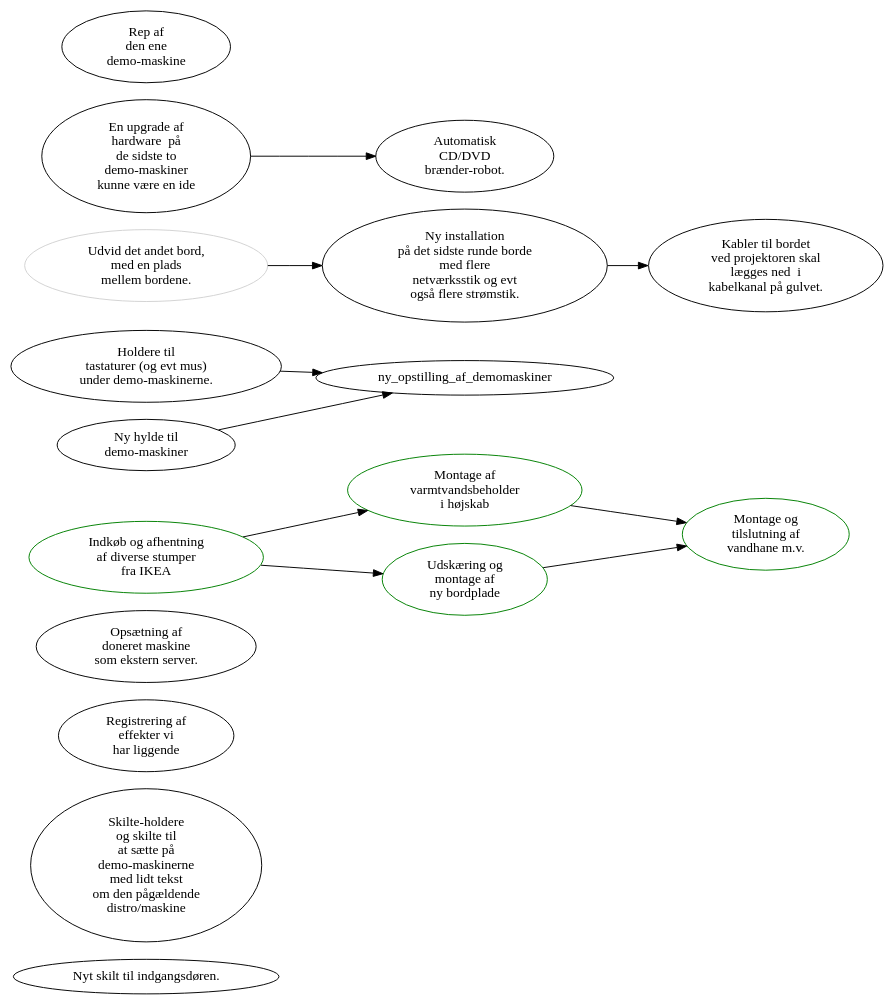
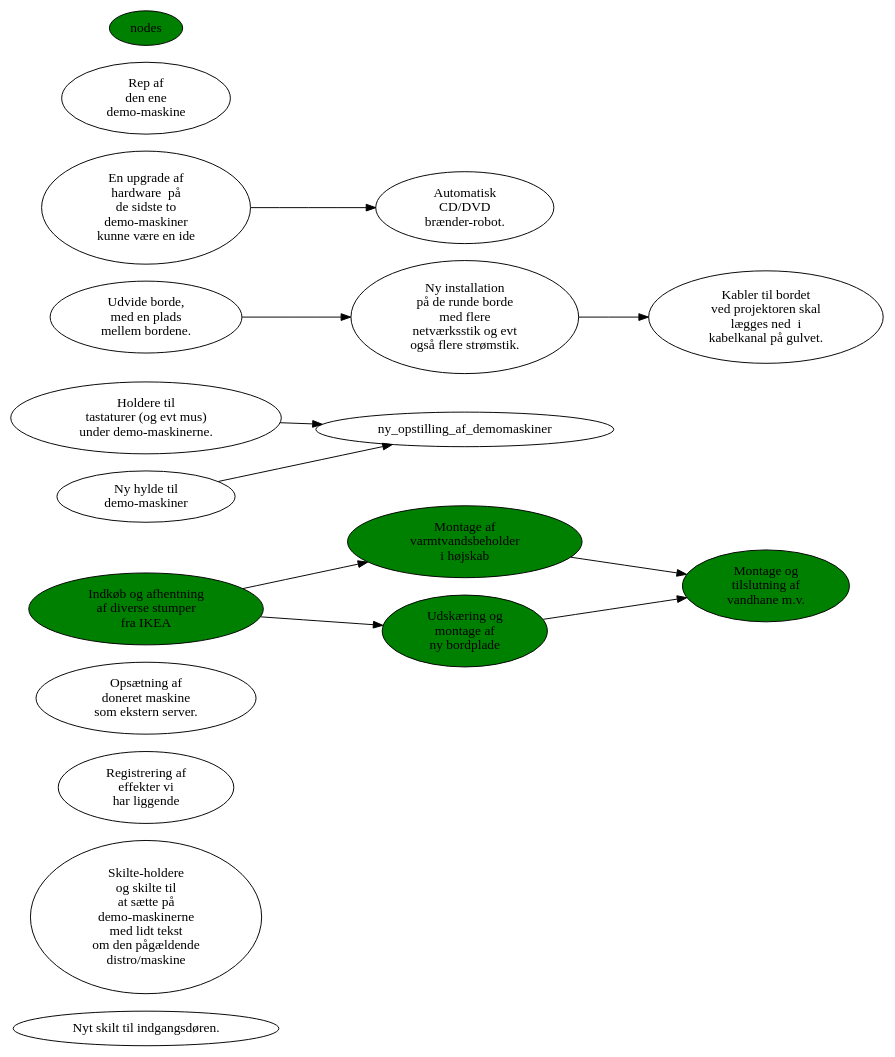
The diagram in faq/todo.dot (alslug/alslug.dk), drawn with Graphviz before and after one commit.

```diff
--- a/faq/todo.dot
+++ b/faq/todo.dot
@@ -1,27 +1,35 @@
 digraph xxx {
     rankdir=LR;
     nyt_dørskilt [ label="Nyt skilt til indgangsdøren." ];
     skilteholdere [ label="Skilte-holdere \n og skilte til \n at sætte på \n demo-maskinerne \n med lidt tekst \n om den pågældende \n distro/maskine" ];
     registerer_udstyr [ label="Registrering af \n effekter vi \n har liggende" ];
     ny_bootserver [ label="Opsætning af \n doneret maskine \n som ekstern server." ];
     
-    indkøb_hos_ikea [ label="Indkøb og afhentning \n af diverse stumper \n fra IKEA" color=green ];
-    montage_af_varmtvandsbeholder [ label="Montage af \n varmtvandsbeholder \n i højskab" color=green ];
-    montage_af_ny_bordplade [ label="Udskæring og \n montage af \n ny bordplade" color=green ];
-    montage_og_tilslutning_af_vandhane_mv [ label="Montage og \n tilslutning af \n vandhane m.v." color=green ];
     indkøb_hos_ikea -> {montage_af_varmtvandsbeholder,montage_af_ny_bordplade} -> montage_og_tilslutning_af_vandhane_mv;
 
     lav_keyboard_holdere [ label="Holdere til \n tastaturer (og evt mus) \n under demo-maskinerne." ];
     hylde_til_demomaskiner [ label="Ny hylde til \n demo-maskiner" ];
     {lav_keyboard_holdere,hylde_til_demomaskiner} -> ny_opstilling_af_demomaskiner;
 
-    udvid_borde [ label="Udvid det andet bord, \n med en plads \n mellem bordene." color=lightgray ];
-    bord_instalationer [ label="Ny installation \n på det sidste runde borde \n med flere \n netværksstik og evt \n også flere strømstik." ];
     kabler_på_gulv [ label="Kabler til bordet \n ved projektoren skal \n lægges ned  i \n kabelkanal på gulvet." ];
     udvid_borde -> bord_instalationer -> kabler_på_gulv;
 
     upgrade_demomaskiner [ label="En upgrade af \n hardware  på \n de sidste to \n demo-maskiner \n kunne være en ide" ];
     rep_af_demomaskine [ label="Rep af \n den ene \n demo-maskine" ];
     cd_brænder [ label="Automatisk \n CD/DVD \n brænder-robot." ];
     upgrade_demomaskiner -> cd_brænder;
+    
+    nodes [ style=filled ];
+    ////////////////////////////////////////////////////////////////////////////
+    // Påbegyndt
+    nodes [ fillcolor=yellow ];
+    udvid_borde [ label="Udvide borde, \n med en plads \n mellem bordene." ];
+    bord_instalationer [ label="Ny installation \n på de runde borde \n med flere \n netværksstik og evt \n også flere strømstik." ];
+    ////////////////////////////////////////////////////////////////////////////
+    // Afsluttet
+    nodes [ fillcolor=green ];
+    indkøb_hos_ikea [ label="Indkøb og afhentning \n af diverse stumper \n fra IKEA" style=filled fillcolor=green ];
+    montage_af_varmtvandsbeholder [ label="Montage af \n varmtvandsbeholder \n i højskab" style=filled fillcolor=green ];
+    montage_af_ny_bordplade [ label="Udskæring og \n montage af \n ny bordplade" style=filled fillcolor=green ];
+    montage_og_tilslutning_af_vandhane_mv [ label="Montage og \n tilslutning af \n vandhane m.v." style=filled fillcolor=green ];
 }
```
